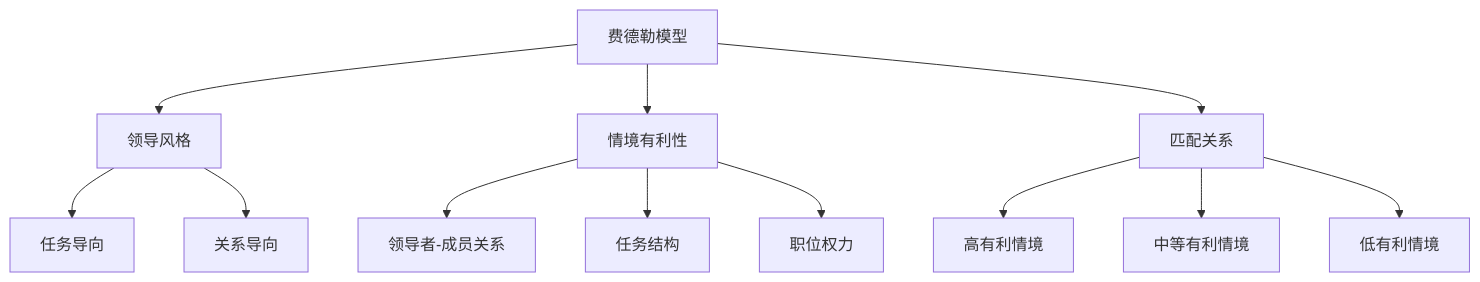
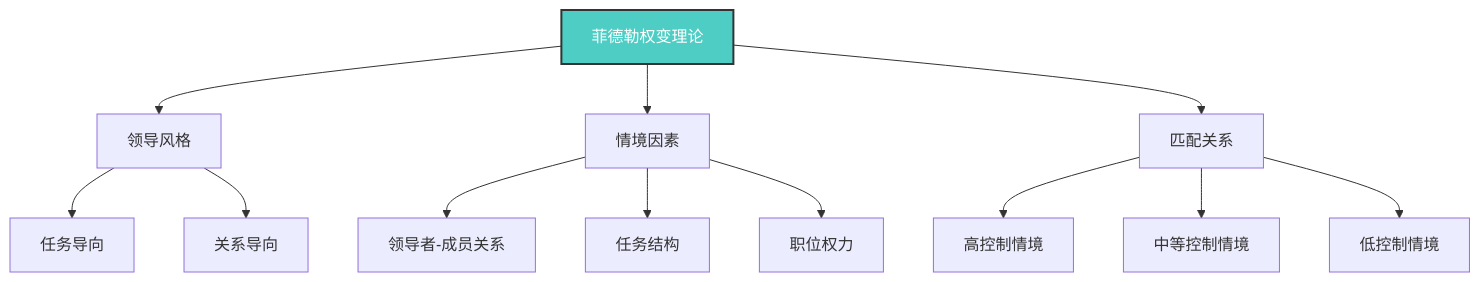
One commit to Anping2017/obsidian changed the second of 7 diagrams in 企业领导力/02-理论理解层/经典领导理论/03-情境理论.md. Above: the diagram before and after it, drawn with Mermaid. The commit also changed other lines of this file and 8 other files, not shown here.

````diff
--- a/企业领导力/02-理论理解层/经典领导理论/03-情境理论.md
+++ b/企业领导力/02-理论理解层/经典领导理论/03-情境理论.md
@@ -54,17 +53,19 @@
 ```mermaid
 graph TD
-    A[费德勒模型] --> B[领导风格]
-    A --> C[情境有利性]
+    A[菲德勒权变理论] --> B[领导风格]
+    A --> C[情境因素]
     A --> D[匹配关系]
     
     B --> B1[任务导向]
     B --> B2[关系导向]
     
     C --> C1[领导者-成员关系]
     C --> C2[任务结构]
     C --> C3[职位权力]
     
-    D --> D1[高有利情境]
-    D --> D2[中等有利情境]
-    D --> D3[低有利情境]
+    D --> D1[高控制情境]
+    D --> D2[中等控制情境]
+    D --> D3[低控制情境]
+    
+    style A fill:#4ecdc4,stroke:#333,stroke-width:2px,color:#fff
 ```
````
